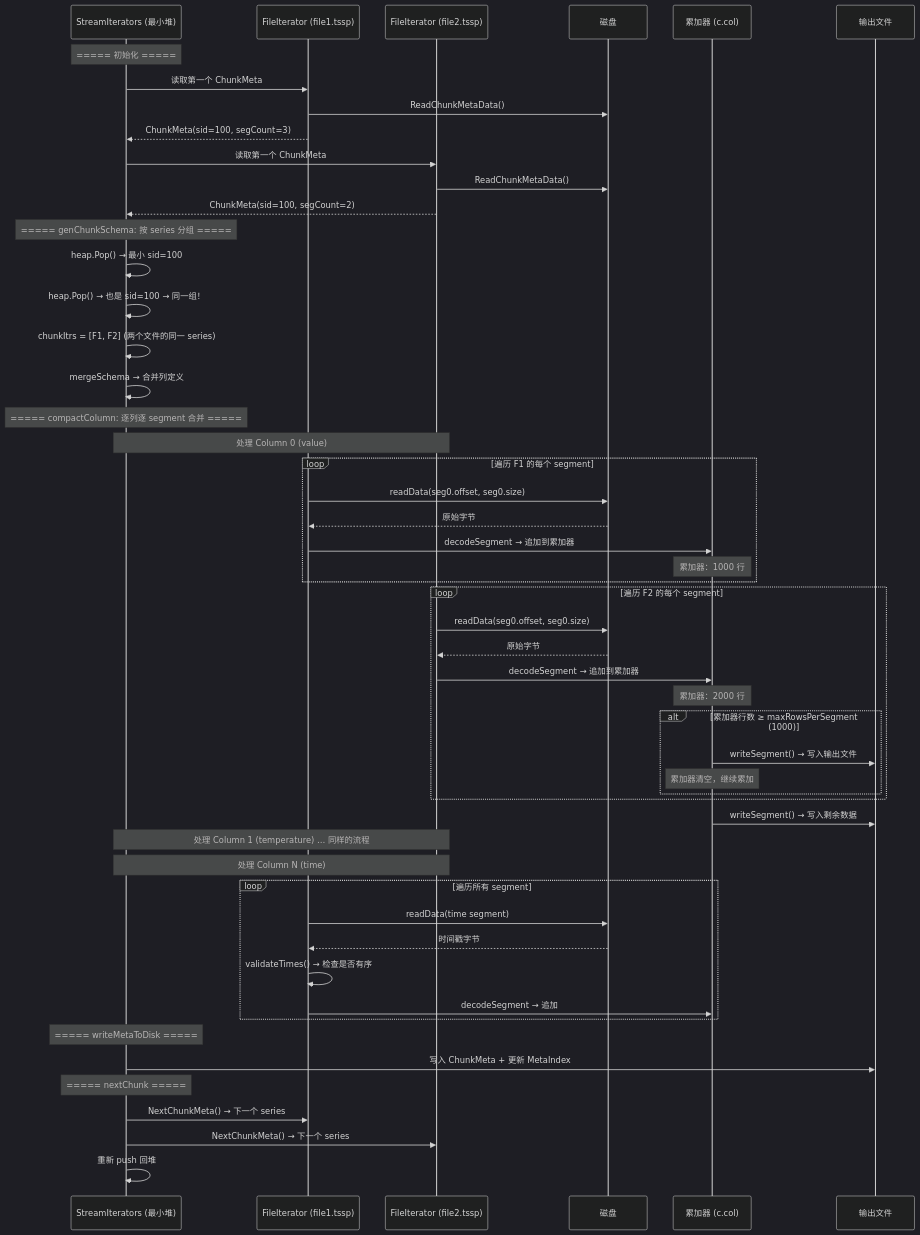
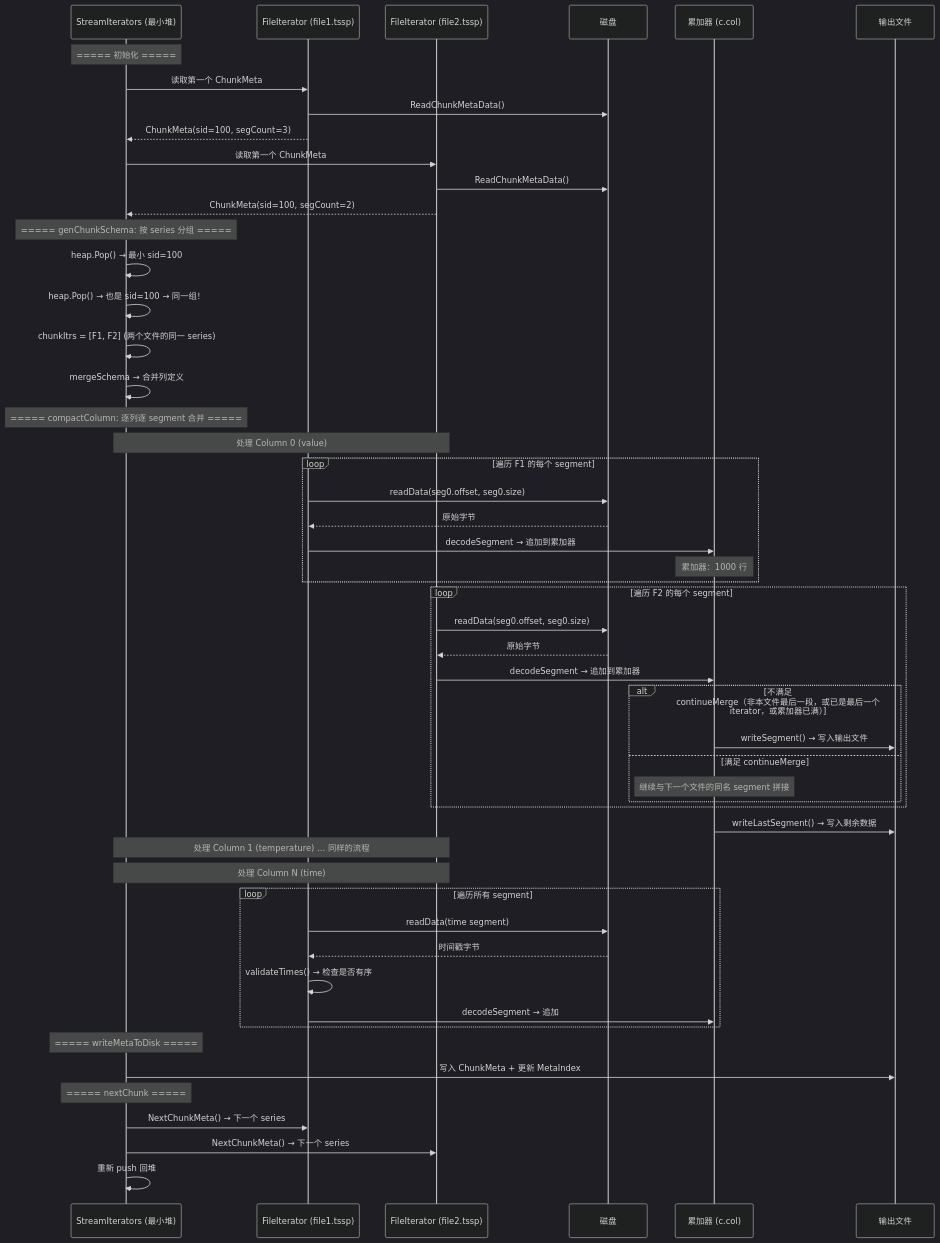
Before and after one commit to stefanv5/openGemini: diagram 28 of 33 in docs/specs/04_background_tasks_spec.md, drawn with Mermaid (dark theme). The commit also changed other lines of this file and 37 other files, not shown here.

````diff
--- a/docs/specs/04_background_tasks_spec.md
+++ b/docs/specs/04_background_tasks_spec.md
@@ -2878,62 +2942,62 @@
 ```mermaid
 sequenceDiagram
     participant Heap as StreamIterators (最小堆)
     participant F1 as FileIterator (file1.tssp)
     participant F2 as FileIterator (file2.tssp)
     participant Disk as 磁盘
     participant Acc as 累加器 (c.col)
     participant Out as 输出文件
 
     Note over Heap: ===== 初始化 =====
     Heap->>F1: 读取第一个 ChunkMeta
     F1->>Disk: ReadChunkMetaData()
     F1-->>Heap: ChunkMeta(sid=100, segCount=3)
     Heap->>F2: 读取第一个 ChunkMeta
     F2->>Disk: ReadChunkMetaData()
     F2-->>Heap: ChunkMeta(sid=100, segCount=2)
 
     Note over Heap: ===== genChunkSchema: 按 series 分组 =====
     Heap->>Heap: heap.Pop() → 最小 sid=100
     Heap->>Heap: heap.Pop() → 也是 sid=100 → 同一组！
     Heap->>Heap: chunkItrs = [F1, F2] (两个文件的同一 series)
     Heap->>Heap: mergeSchema → 合并列定义
 
     Note over Heap: ===== compactColumn: 逐列逐 segment 合并 =====
 
     Note over Heap,F2: 处理 Column 0 (value)
     loop 遍历 F1 的每个 segment
         F1->>Disk: readData(seg0.offset, seg0.size)
         Disk-->>F1: 原始字节
         F1->>Acc: decodeSegment → 追加到累加器
         Note over Acc: 累加器：1000 行
     end
     loop 遍历 F2 的每个 segment
         F2->>Disk: readData(seg0.offset, seg0.size)
         Disk-->>F2: 原始字节
         F2->>Acc: decodeSegment → 追加到累加器
-        Note over Acc: 累加器：2000 行
-        alt 累加器行数 ≥ maxRowsPerSegment (1000)
+        alt 不满足 continueMerge（非本文件最后一段，或已是最后一个 iterator，或累加器已满）
             Acc->>Out: writeSegment() → 写入输出文件
-            Note over Acc: 累加器清空，继续累加
+        else 满足 continueMerge
+            Note over Acc: 继续与下一个文件的同名 segment 拼接
         end
     end
-    Acc->>Out: writeSegment() → 写入剩余数据
+    Acc->>Out: writeLastSegment() → 写入剩余数据
 
     Note over Heap,F2: 处理 Column 1 (temperature) … 同样的流程
 
     Note over Heap,F2: 处理 Column N (time)
     loop 遍历所有 segment
         F1->>Disk: readData(time segment)
         Disk-->>F1: 时间戳字节
         F1->>F1: validateTimes() → 检查是否有序
         F1->>Acc: decodeSegment → 追加
     end
 
     Note over Heap: ===== writeMetaToDisk =====
     Heap->>Out: 写入 ChunkMeta + 更新 MetaIndex
 
     Note over Heap: ===== nextChunk =====
     Heap->>F1: NextChunkMeta() → 下一个 series
     Heap->>F2: NextChunkMeta() → 下一个 series
     Heap->>Heap: 重新 push 回堆
 ```
````
